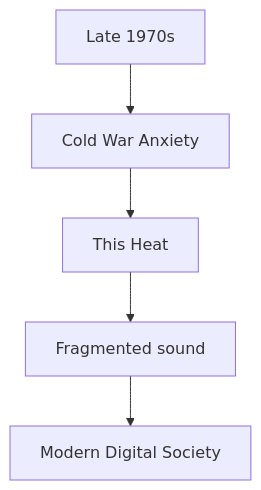
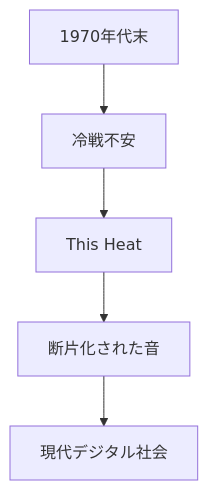
Before and after one commit to monumental-movement/monumental-movement.github.io: the ninth of 10 diagrams in en/_posts/2026-05-16-column-this-heat.md, drawn with Mermaid. The commit also changed other lines of this file and 2196 other files, not shown here.

```diff
--- a/en/_posts/2026-05-16-column-this-heat.md
+++ b/en/_posts/2026-05-16-column-this-heat.md
@@ -341,7 +341,7 @@
 <div class="mermaid">
 flowchart TD
-A["Late 1970s"] --> B["Cold War Anxiety"]
+A["1970年代末"] --> B["冷戦不安"]
 B --> C["This Heat"]
-C --> D["Fragmented sound"]
-D --> E["Modern Digital Society"]
+C --> D["断片化された音"]
+D --> E["現代デジタル社会"]
 </div>
```
